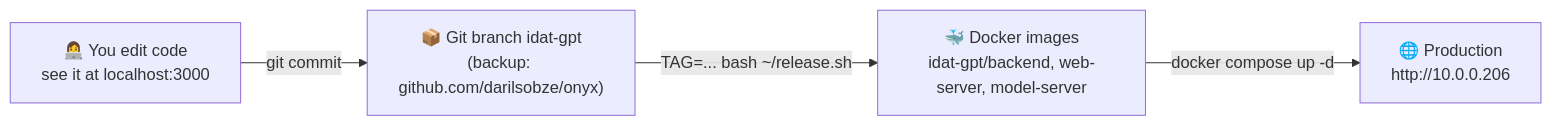
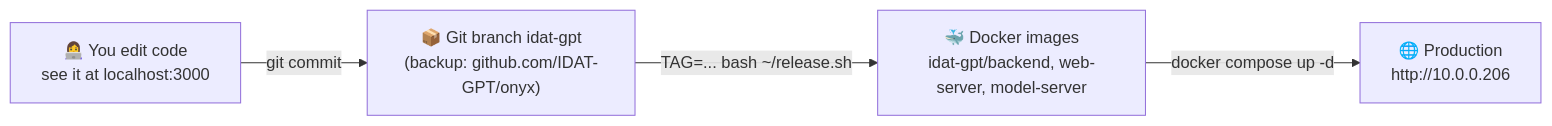
The diagram in README-IDAT-GPT.md (IDAT-GPT/onyx), drawn with Mermaid before and after one commit. The commit also changed other lines of this file, not shown here.

First line of the commit message:
docs: move the fork to the IDAT-GPT account and link the sibling repos

````diff
--- a/README-IDAT-GPT.md
+++ b/README-IDAT-GPT.md
@@ -27,6 +27,6 @@
 ```mermaid
 flowchart LR
-    Dev["👩‍💻 You edit code<br/>see it at localhost:3000"] -->|git commit| Git["📦 Git branch idat-gpt<br/>(backup: github.com/darilsobze/onyx)"]
+    Dev["👩‍💻 You edit code<br/>see it at localhost:3000"] -->|git commit| Git["📦 Git branch idat-gpt<br/>(backup: github.com/IDAT-GPT/onyx)"]
     Git -->|"TAG=... bash ~/release.sh"| Img["🐳 Docker images<br/>idat-gpt/backend, web-server, model-server"]
     Img -->|docker compose up -d| Prod["🌐 Production<br/>http://10.0.0.206"]
 ```
````
